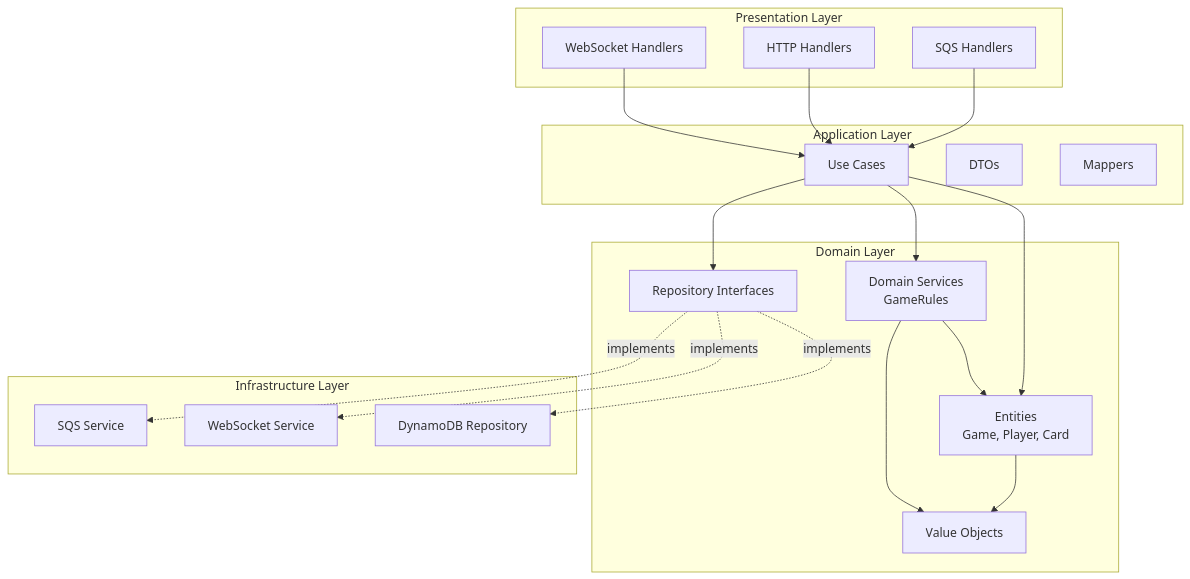
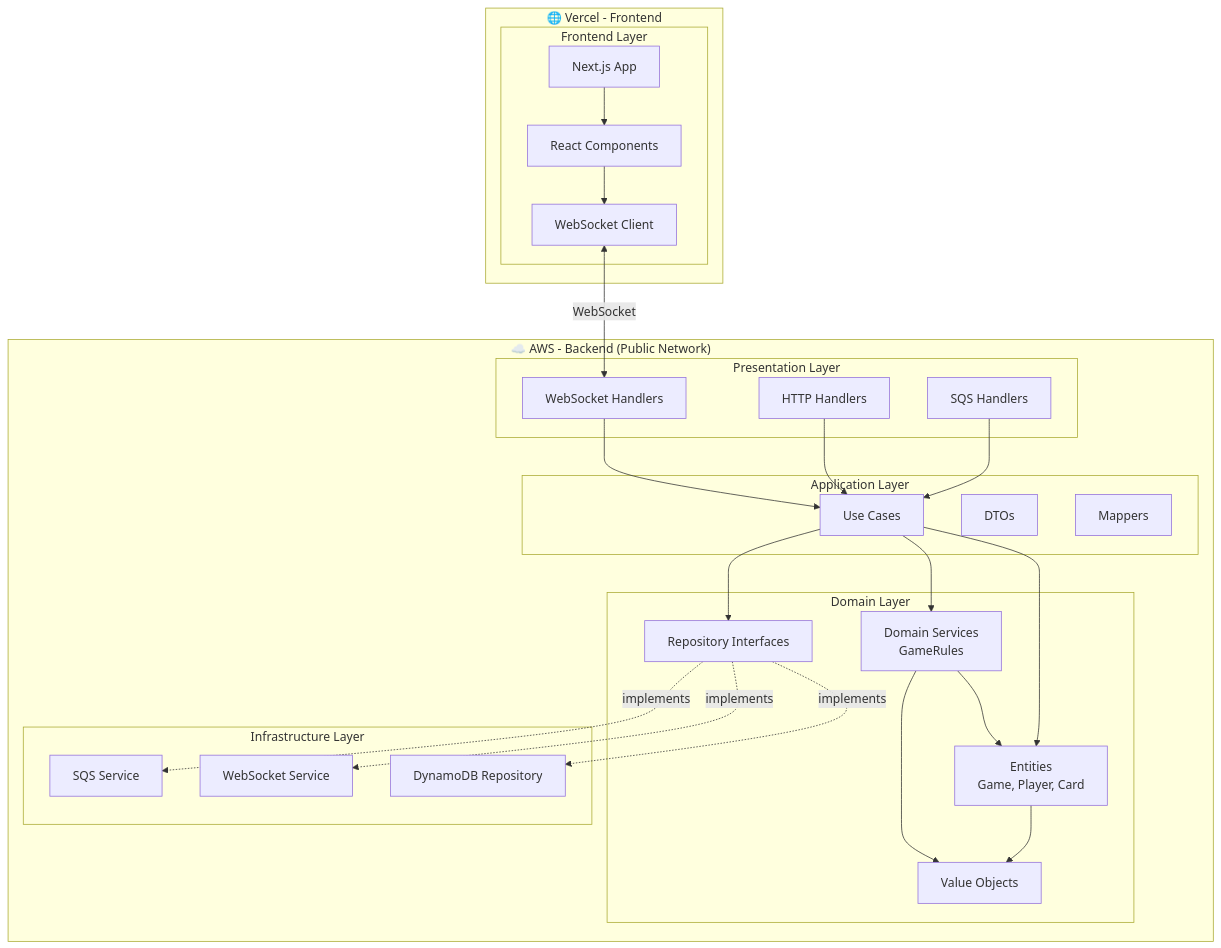
The fifth of 6 diagrams in docs/architecture/ARCHITECTURE.md (rtsarakaki/keep-the-sequence), drawn with Mermaid before and after one commit. The commit also changed other lines of this file and 19 other files, not shown here.

````diff
--- a/docs/architecture/ARCHITECTURE.md
+++ b/docs/architecture/ARCHITECTURE.md
@@ -219,43 +249,57 @@
 ```mermaid
 graph TB
-    subgraph "Presentation Layer"
-        WebSocketHandlers[WebSocket Handlers]
-        HTTPHandlers[HTTP Handlers]
-        SQSHandlers[SQS Handlers]
+    subgraph Vercel["🌐 Vercel - Frontend"]
+        subgraph "Frontend Layer"
+            NextApp[Next.js App]
+            ReactComponents[React Components]
+            WebSocketClient[WebSocket Client]
+        end
     end
 
-    subgraph "Application Layer"
-        UseCases[Use Cases]
-        DTOs[DTOs]
-        Mappers[Mappers]
+    subgraph AWS["☁️ AWS - Backend (Public Network)"]
+        subgraph "Presentation Layer"
+            WebSocketHandlers[WebSocket Handlers]
+            HTTPHandlers[HTTP Handlers]
+            SQSHandlers[SQS Handlers]
+        end
+
+        subgraph "Application Layer"
+            UseCases[Use Cases]
+            DTOs[DTOs]
+            Mappers[Mappers]
+        end
+
+        subgraph "Domain Layer"
+            Entities[Entities<br/>Game, Player, Card]
+            ValueObjects[Value Objects]
+            DomainServices[Domain Services<br/>GameRules]
+            Repositories[Repository Interfaces]
+        end
+
+        subgraph "Infrastructure Layer"
+            DynamoRepo[DynamoDB Repository]
+            WebSocketService[WebSocket Service]
+            SQSService[SQS Service]
+        end
     end
 
-    subgraph "Domain Layer"
-        Entities[Entities<br/>Game, Player, Card]
-        ValueObjects[Value Objects]
-        DomainServices[Domain Services<br/>GameRules]
-        Repositories[Repository Interfaces]
-    end
-
-    subgraph "Infrastructure Layer"
-        DynamoRepo[DynamoDB Repository]
-        WebSocketService[WebSocket Service]
-        SQSService[SQS Service]
-    end
+    NextApp --> ReactComponents
+    ReactComponents --> WebSocketClient
+    WebSocketClient <-->|WebSocket| WebSocketHandlers
 
     WebSocketHandlers --> UseCases
     HTTPHandlers --> UseCases
     SQSHandlers --> UseCases
     
     UseCases --> Entities
     UseCases --> DomainServices
     UseCases --> Repositories
     
     Repositories -.->|implements| DynamoRepo
     Repositories -.->|implements| WebSocketService
     Repositories -.->|implements| SQSService
     
     DomainServices --> Entities
     DomainServices --> ValueObjects
     Entities --> ValueObjects
 ```
````
